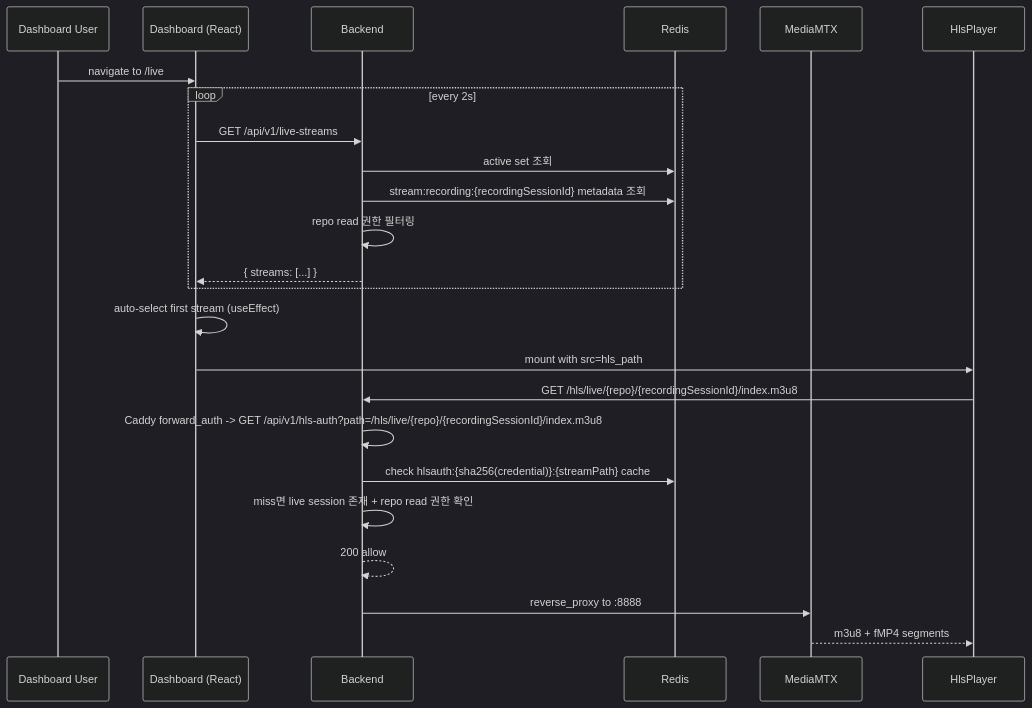
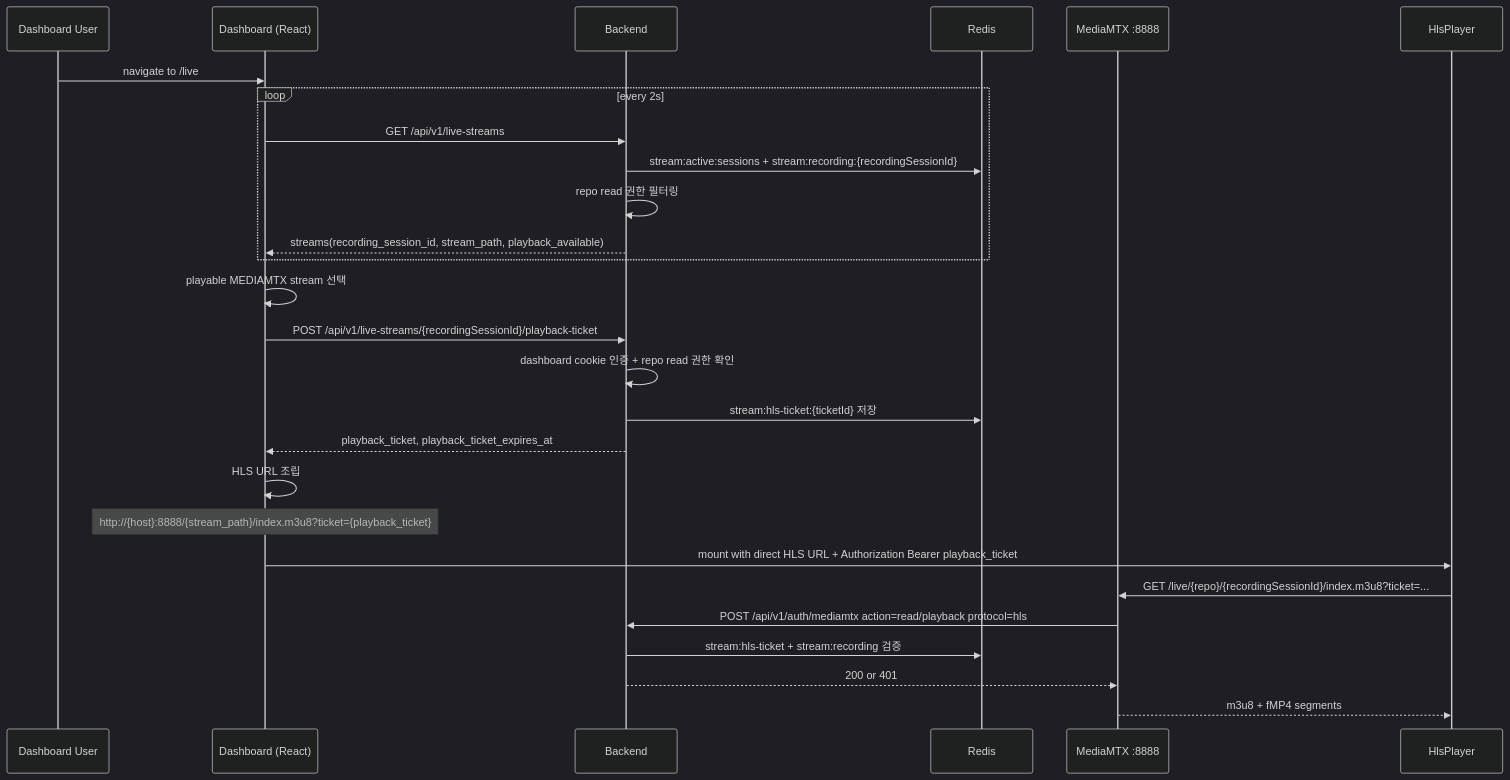
One commit to ego-flow/ego-flow-server changed the fourth of 7 diagrams in docs/09. project_streaming.md. Above: the diagram before and after it, drawn with Mermaid (dark theme). The commit also changed other lines of this file and 32 other files, not shown here.

Commit message:
[Docs] HLS playback 문서 최신화

````diff
--- a/docs/09. project_streaming.md
+++ b/docs/09. project_streaming.md
@@ -233,27 +232,30 @@
 ```mermaid
 sequenceDiagram
     participant User as Dashboard User
     participant FE as Dashboard (React)
     participant BE as Backend
     participant Redis
-    participant MTX as MediaMTX
+    participant MTX as MediaMTX :8888
     participant HP as HlsPlayer
 
     User->>FE: navigate to /live
     loop every 2s
         FE->>BE: GET /api/v1/live-streams
-        BE->>Redis: active set 조회
-        BE->>Redis: stream:recording:{recordingSessionId} metadata 조회
+        BE->>Redis: stream:active:sessions + stream:recording:{recordingSessionId}
         BE->>BE: repo read 권한 필터링
-        BE-->>FE: { streams: [...] }
+        BE-->>FE: streams(recording_session_id, stream_path, playback_available)
     end
-    FE->>FE: auto-select first stream (useEffect)
-    FE->>HP: mount with src=hls_path
-    HP->>BE: GET /hls/live/{repo}/{recordingSessionId}/index.m3u8
-    BE->>BE: Caddy forward_auth -> GET /api/v1/hls-auth?path=/hls/live/{repo}/{recordingSessionId}/index.m3u8
-    BE->>Redis: check hlsauth:{sha256(credential)}:{streamPath} cache
-    BE->>BE: miss면 live session 존재 + repo read 권한 확인
-    BE-->>BE: 200 allow
-    BE->>MTX: reverse_proxy to :8888
+    FE->>FE: playable MEDIAMTX stream 선택
+    FE->>BE: POST /api/v1/live-streams/{recordingSessionId}/playback-ticket
+    BE->>BE: dashboard cookie 인증 + repo read 권한 확인
+    BE->>Redis: stream:hls-ticket:{ticketId} 저장
+    BE-->>FE: playback_ticket, playback_ticket_expires_at
+    FE->>FE: HLS URL 조립
+    Note over FE: http://{host}:8888/{stream_path}/index.m3u8?ticket={playback_ticket}
+    FE->>HP: mount with direct HLS URL + Authorization Bearer playback_ticket
+    HP->>MTX: GET /live/{repo}/{recordingSessionId}/index.m3u8?ticket=...
+    MTX->>BE: POST /api/v1/auth/mediamtx action=read/playback protocol=hls
+    BE->>Redis: stream:hls-ticket + stream:recording 검증
+    BE-->>MTX: 200 or 401
     MTX-->>HP: m3u8 + fMP4 segments
 ```
````
